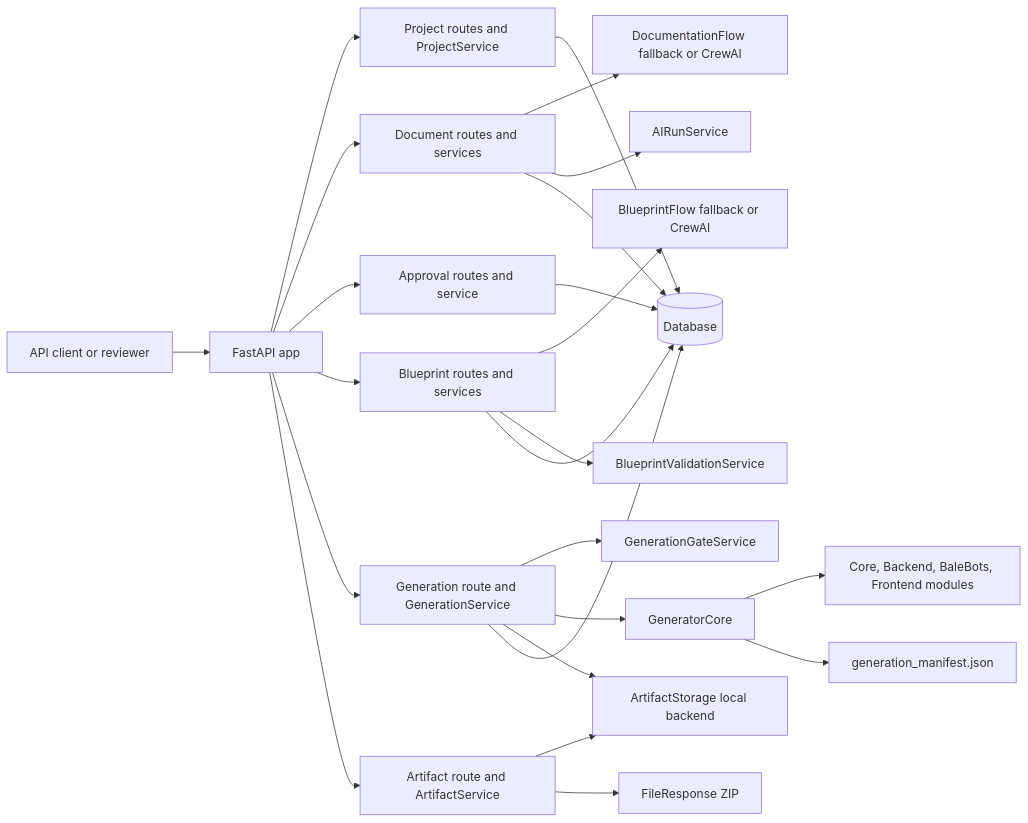
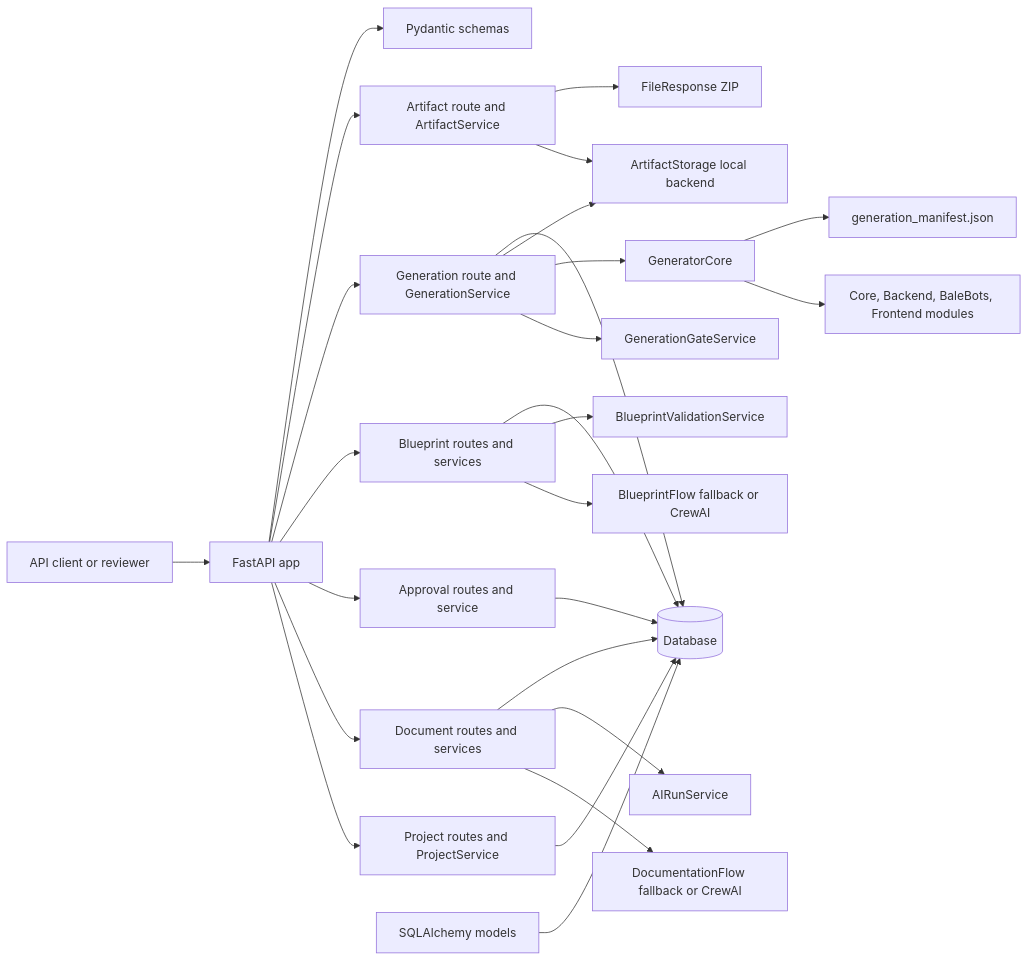
One commit to fatemehSalarzaei/BaleCrewBuilder changed the first of 2 diagrams in docs/architecture-overview.md. Above: the diagram before and after it, drawn with Mermaid. The commit also changed other lines of this file and 13 other files, not shown here.

````diff
--- a/docs/architecture-overview.md
+++ b/docs/architecture-overview.md
@@ -41,29 +44,31 @@
 ```mermaid
 flowchart LR
     Client[API client or reviewer] --> API[FastAPI app]
 
     API --> Projects[Project routes and ProjectService]
     API --> Documents[Document routes and services]
     API --> Reviews[Approval routes and service]
     API --> Blueprints[Blueprint routes and services]
     API --> Generation[Generation route and GenerationService]
     API --> Artifacts[Artifact route and ArtifactService]
 
     Documents --> DocFlow[DocumentationFlow fallback or CrewAI]
     Documents --> AIRuns[AIRunService]
     Blueprints --> BlueprintFlow[BlueprintFlow fallback or CrewAI]
     Blueprints --> Validation[BlueprintValidationService]
     Generation --> Gate[GenerationGateService]
     Generation --> GeneratorCore[GeneratorCore]
     GeneratorCore --> Modules[Core, Backend, BaleBots, Frontend modules]
     GeneratorCore --> Manifest[generation_manifest.json]
     Generation --> Storage[ArtifactStorage local backend]
     Artifacts --> Storage
     Artifacts --> Zip[FileResponse ZIP]
 
+    API --> Schemas[Pydantic schemas]
+    DBModels[SQLAlchemy models] --> DB
     Projects --> DB[(Database)]
     Documents --> DB
     Reviews --> DB
     Blueprints --> DB
     Generation --> DB
 ```
````
